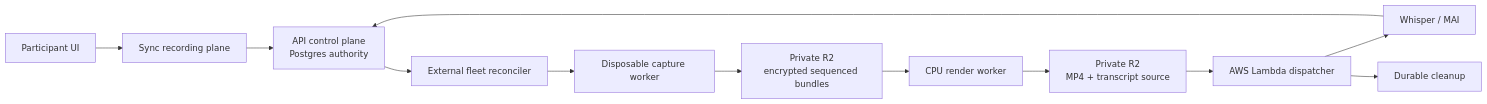
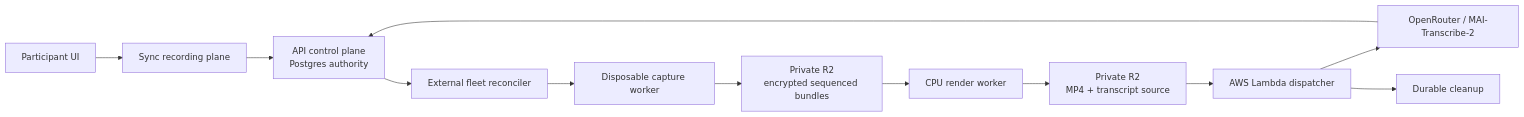
Before and after one commit to Q9Labs/chalk: the diagram in docs/recording-transcription.md, drawn with Mermaid. The commit also changed other lines of this file and 23 other files, not shown here.

````diff
--- a/docs/recording-transcription.md
+++ b/docs/recording-transcription.md
@@ -13,14 +13,14 @@
 ```mermaid
 flowchart LR
   participant[Participant UI] --> sync[Sync recording plane]
   sync --> api[API control plane<br/>Postgres authority]
   api --> fleet[External fleet reconciler]
   fleet --> capture[Disposable capture worker]
   capture --> temp[Private R2<br/>encrypted sequenced bundles]
   temp --> render[CPU render worker]
   render --> artifact[Private R2<br/>MP4 + transcript source]
   artifact --> dispatcher[AWS Lambda dispatcher]
-  dispatcher --> asr[Whisper / MAI]
+  dispatcher --> asr[OpenRouter / MAI-Transcribe-2]
   asr --> api
   dispatcher --> cleanup[Durable cleanup]
 ```
````
